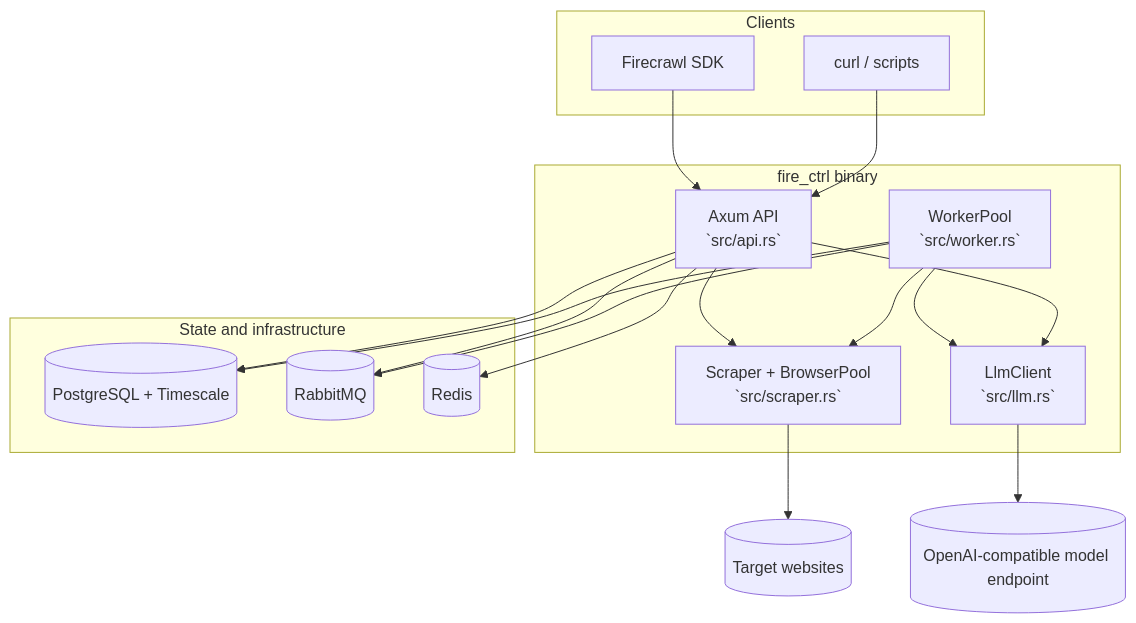
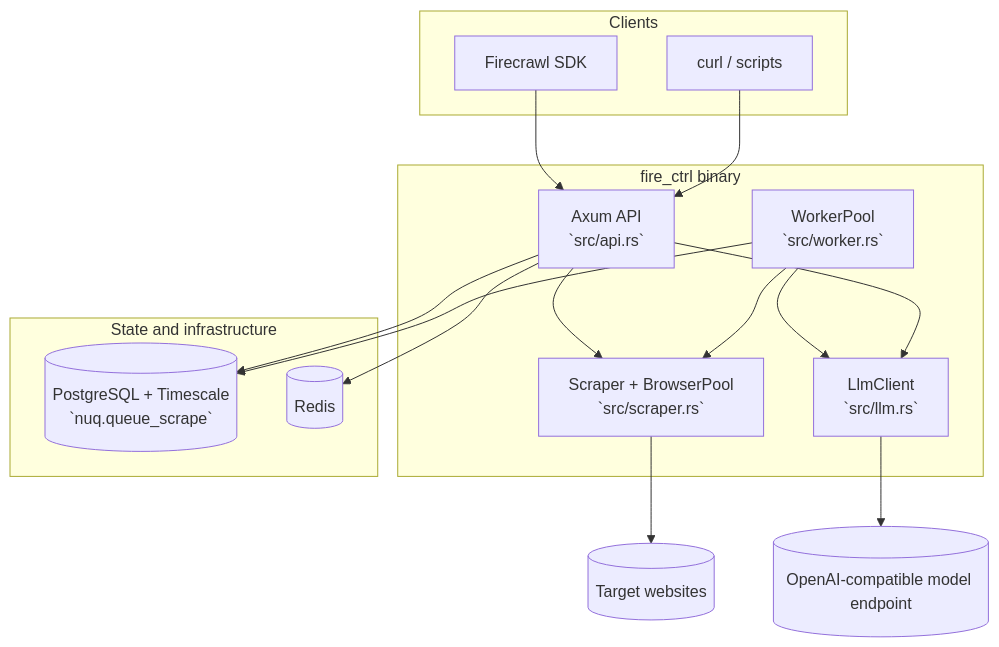
One commit to cipher-rc5/fire_ctrl changed the first of 2 diagrams in docs/architecture.md. Above: the diagram before and after it, drawn with Mermaid. The commit also changed other lines of this file and 15 other files, not shown here.

First line of the commit message:
refactor: remove RabbitMQ + reconcile architecture docs with Postgres-queue reality

````diff
--- a/docs/architecture.md
+++ b/docs/architecture.md
@@ -5,37 +5,34 @@
 ```mermaid
 flowchart TB
     subgraph ClientSide[Clients]
         SDK[Firecrawl SDK]
         CURL[curl / scripts]
     end
 
     subgraph Service[fire_ctrl binary]
         API[Axum API\n`src/api.rs`]
         Worker[WorkerPool\n`src/worker.rs`]
         Scraper[Scraper + BrowserPool\n`src/scraper.rs`]
         LLM[LlmClient\n`src/llm.rs`]
     end
 
     subgraph State[State and infrastructure]
-        PG[(PostgreSQL + Timescale)]
-        RMQ[(RabbitMQ)]
+        PG[(PostgreSQL + Timescale\n`nuq.queue_scrape`)]
         REDIS[(Redis)]
     end
 
     WEB[(Target websites)]
     MODEL[(OpenAI-compatible model endpoint)]
 
     SDK --> API
     CURL --> API
     API --> Scraper
     API --> PG
     API --> REDIS
-    API --> RMQ
-    Worker --> RMQ
     Worker --> PG
     Worker --> Scraper
     Scraper --> WEB
     Worker --> LLM
     API --> LLM
     LLM --> MODEL
 ```
````
